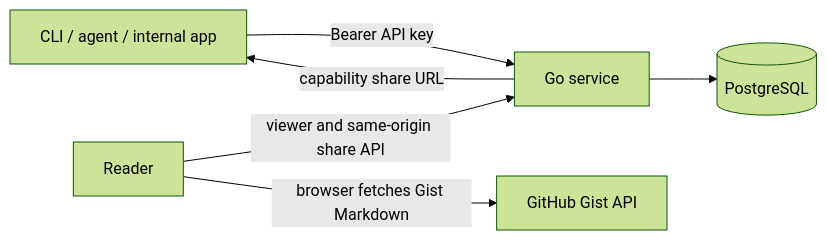
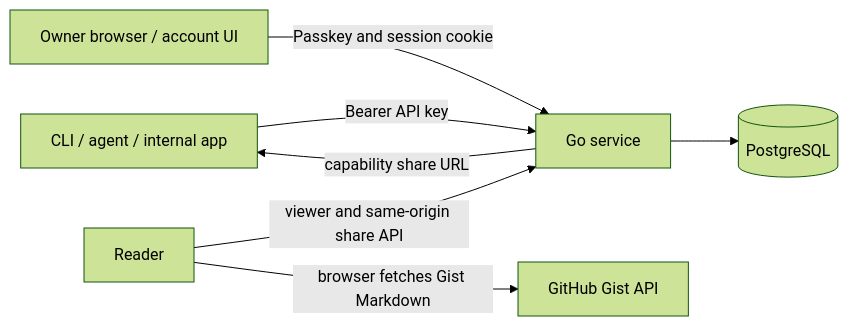
One commit to narumiruna/morsel changed the first of 2 diagrams in docs/design.md. Above: the diagram before and after it, drawn with Mermaid (forest theme). The commit also changed other lines of this file and 58 other files, not shown here.

````diff
--- a/docs/design.md
+++ b/docs/design.md
@@ -7,8 +7,9 @@
 ```mermaid
 flowchart LR
     Client[CLI / agent / internal app] -->|Bearer API key| Morsel[Go service]
+    Owner[Owner browser / account UI] -->|Passkey and session cookie| Morsel
     Reader[Reader] -->|viewer and same-origin share API| Morsel
     Reader -->|browser fetches Gist Markdown| GitHub[GitHub Gist API]
     Morsel --> DB[(PostgreSQL)]
     Morsel -->|capability share URL| Client
 ```
````
